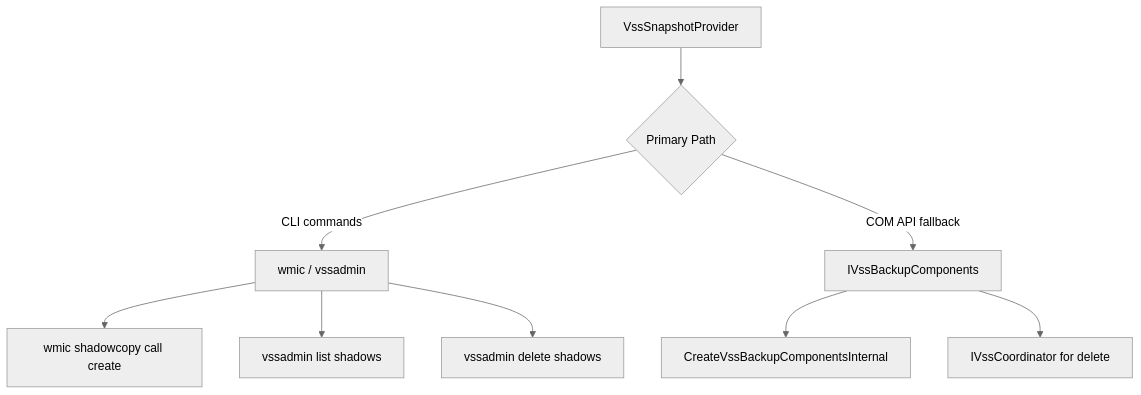
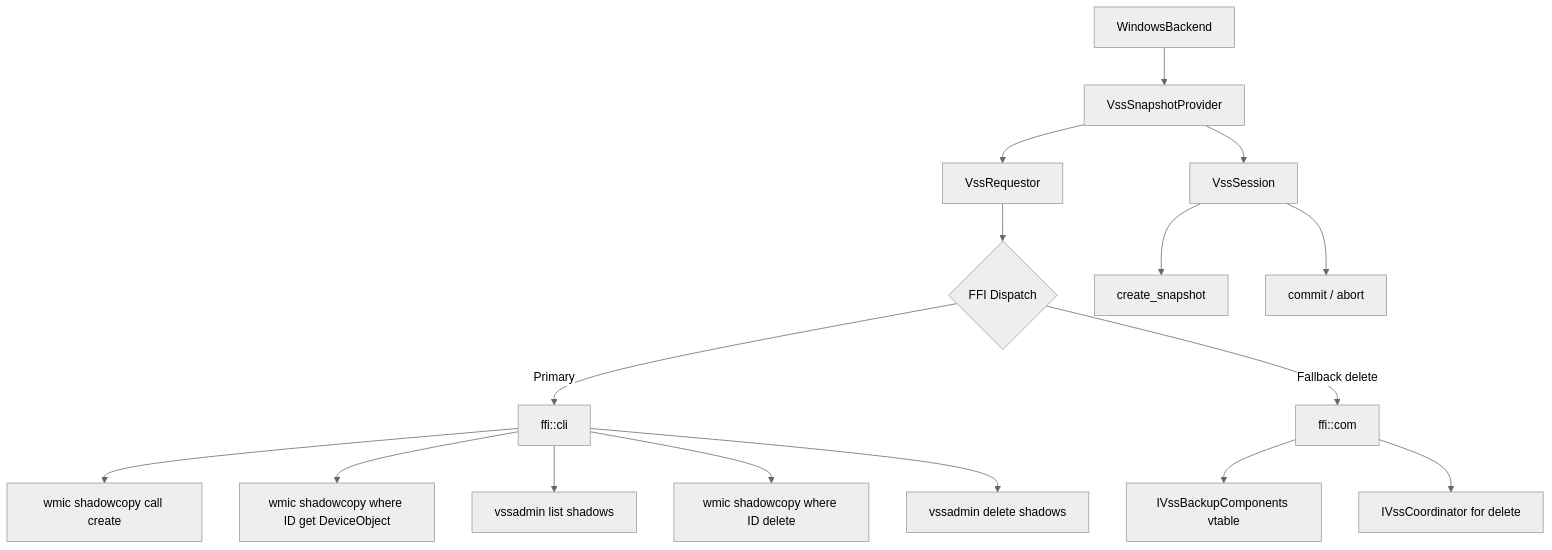
One commit to XUranus/vpt-rs changed the first of 5 diagrams in wiki/docs/providers/vss.md. Above: the diagram before and after it, drawn with Mermaid (neutral theme). The commit also changed other lines of this file and 52 other files, not shown here.

First line of the commit message:
Enhance wiki: mermaid rendering, detailed content, i18n (zh-Hans)

````diff
--- a/wiki/docs/providers/vss.md
+++ b/wiki/docs/providers/vss.md
@@ -48,13 +55,22 @@
 ```mermaid
 graph TD
-    A[VssSnapshotProvider] --> B{Primary Path}
-    B -->|CLI commands| C[wmic / vssadmin]
-    B -->|COM API fallback| D[IVssBackupComponents]
+    A[WindowsBackend] --> B[VssSnapshotProvider]
+    B --> C[VssRequestor]
+    C --> D{FFI Dispatch}
 
-    C --> E[wmic shadowcopy call create]
-    C --> F[vssadmin list shadows]
-    C --> G[vssadmin delete shadows]
+    D -->|Primary| E[ffi::cli]
+    D -->|Fallback delete| F[ffi::com]
 
-    D --> H[CreateVssBackupComponentsInternal]
-    D --> I[IVssCoordinator for delete]
+    E --> G["wmic shadowcopy call create"]
+    E --> H["wmic shadowcopy where ID get DeviceObject"]
+    E --> I["vssadmin list shadows"]
+    E --> J["wmic shadowcopy where ID delete"]
+    E --> K["vssadmin delete shadows"]
+
+    F --> L["IVssBackupComponents vtable"]
+    F --> M["IVssCoordinator for delete"]
+
+    B --> N[VssSession]
+    N --> O[create_snapshot]
+    N --> P[commit / abort]
 ```
````
